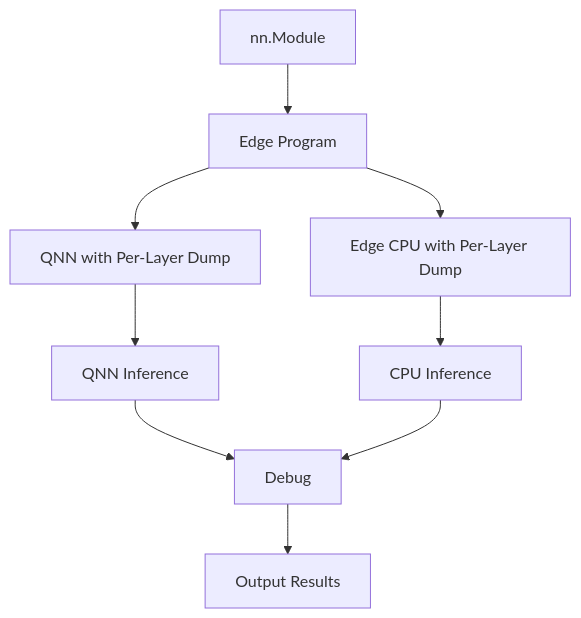
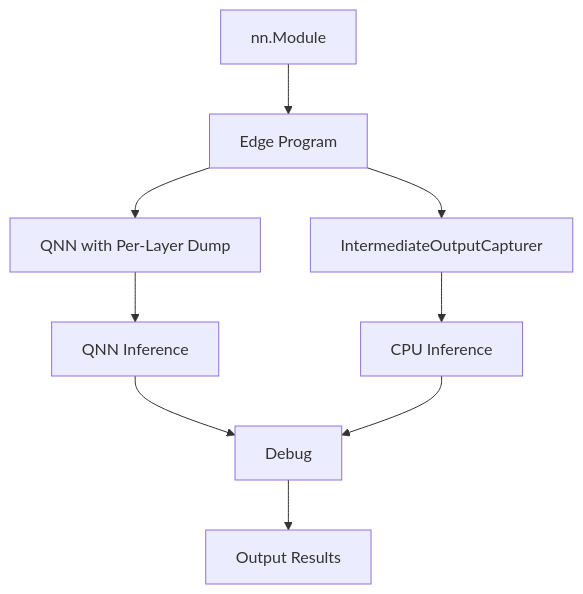
The diagram in backends/qualcomm/debugger/README.md (pytorch/executorch), drawn with Mermaid before and after one commit. The commit also changed other lines of this file and 16 other files, not shown here.

Commit message:
Qualcomm AI Engine Direct - Support Debug Handle and Integrate IntermediateOutputCapturer

````diff
--- a/backends/qualcomm/debugger/README.md
+++ b/backends/qualcomm/debugger/README.md
@@ -115,12 +118,12 @@
 ```mermaid
 flowchart TB;
     nn.Module;
     nn.Module --> edge_program["Edge Program"];
     edge_program --> qnn_lower["QNN with Per-Layer Dump"];
     qnn_lower --> qnn_inference[QNN Inference];
     qnn_inference --> debug
-    edge_program --> cpu_lower["Edge CPU with Per-Layer Dump"];
-    cpu_lower --> cpu_inference["CPU Inference"];
+    edge_program --> IntermediateOutputCapturer;
+    IntermediateOutputCapturer --> cpu_inference["CPU Inference"];
     cpu_inference --> debug["Debug"];
     debug --> output["Output Results"]
 ```
````
